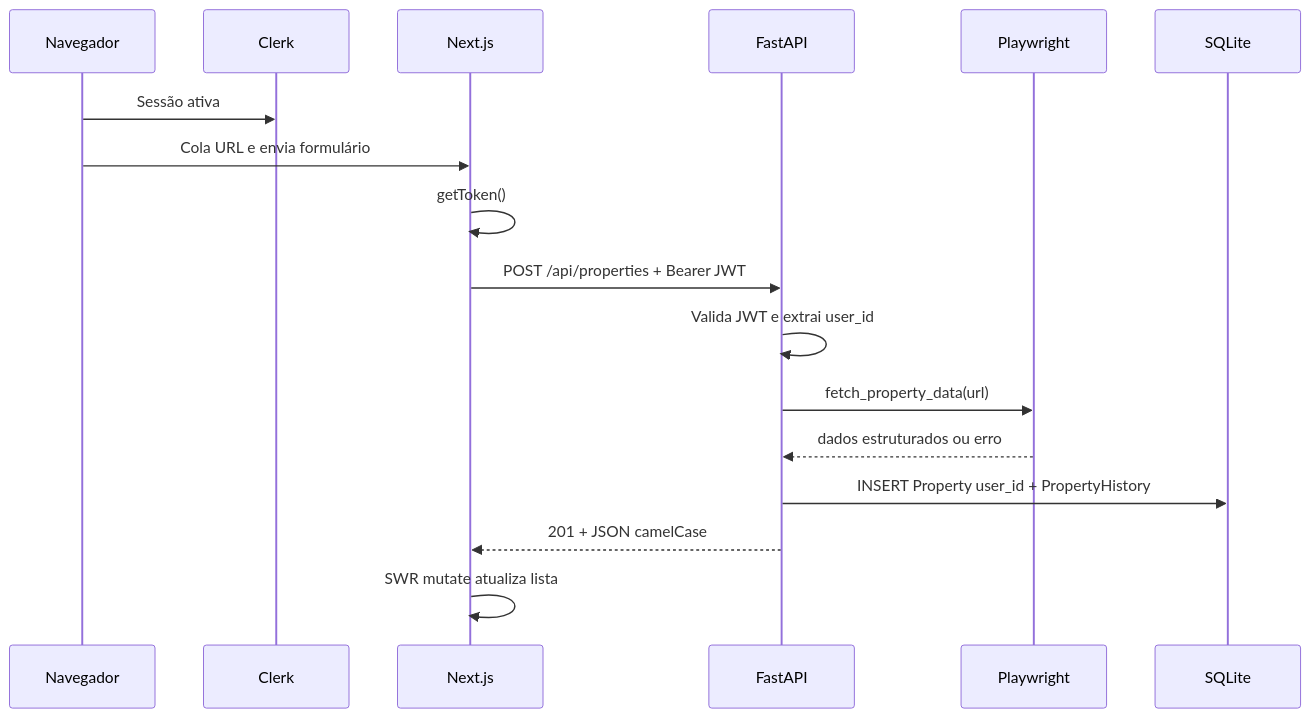
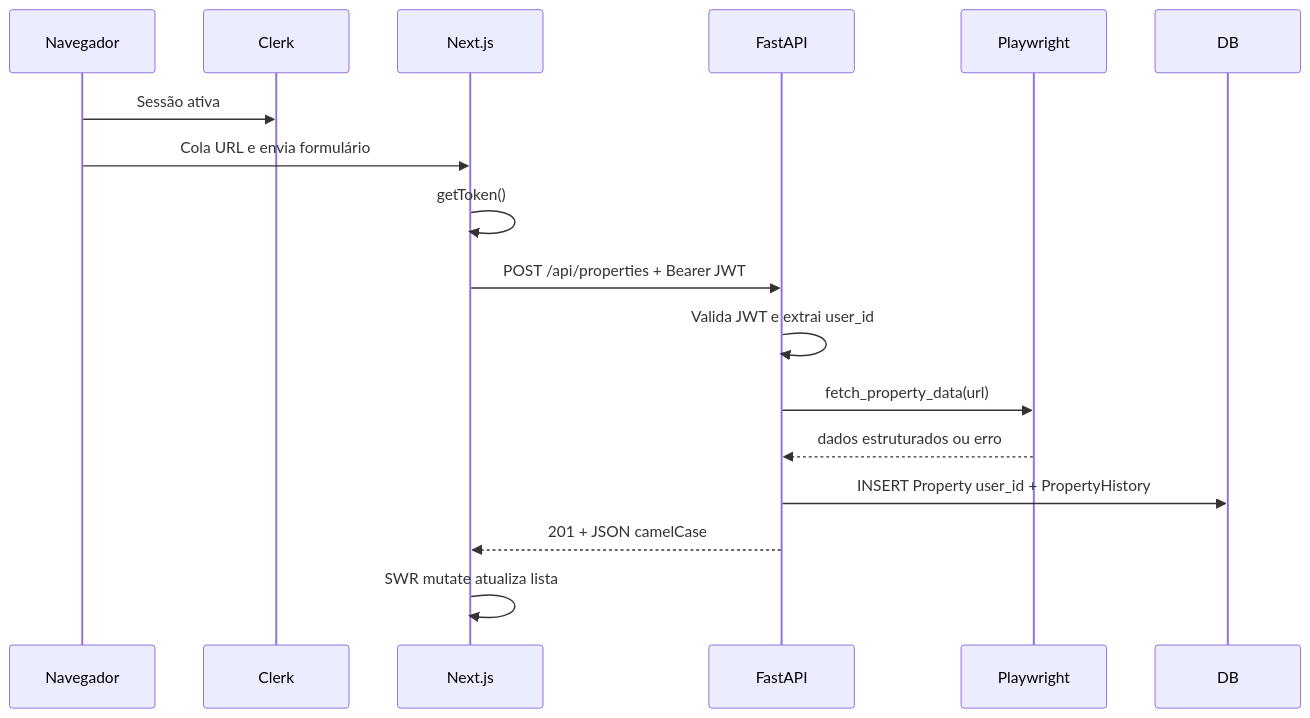
One commit to atejap05/monitora-imoveis changed the first of 5 diagrams in docs/arquitetura.md. Above: the diagram before and after it, drawn with Mermaid. The commit also changed other lines of this file and 10 other files, not shown here.

````diff
--- a/docs/arquitetura.md
+++ b/docs/arquitetura.md
@@ -52,20 +53,20 @@
 ```mermaid
 sequenceDiagram
     participant Browser as Navegador
     participant Clerk as Clerk
     participant Next as Next.js
     participant API as FastAPI
     participant PW as Playwright
-    participant DB as SQLite
+    participant DB as DB
 
     Browser->>Clerk: Sessão ativa
     Browser->>Next: Cola URL e envia formulário
     Next->>Next: getToken()
     Next->>API: POST /api/properties + Bearer JWT
     API->>API: Valida JWT e extrai user_id
     API->>PW: fetch_property_data(url)
     PW-->>API: dados estruturados ou erro
     API->>DB: INSERT Property user_id + PropertyHistory
     API-->>Next: 201 + JSON camelCase
     Next->>Next: SWR mutate atualiza lista
 ```
````
